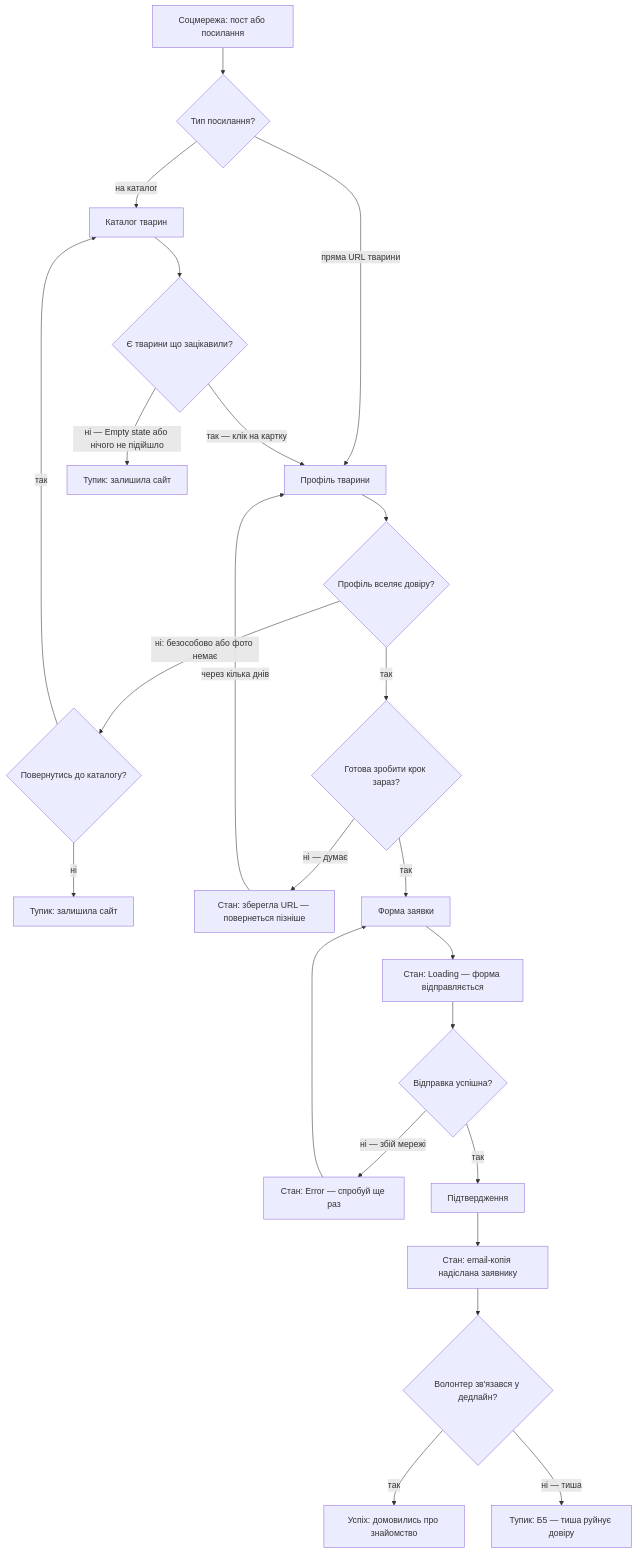
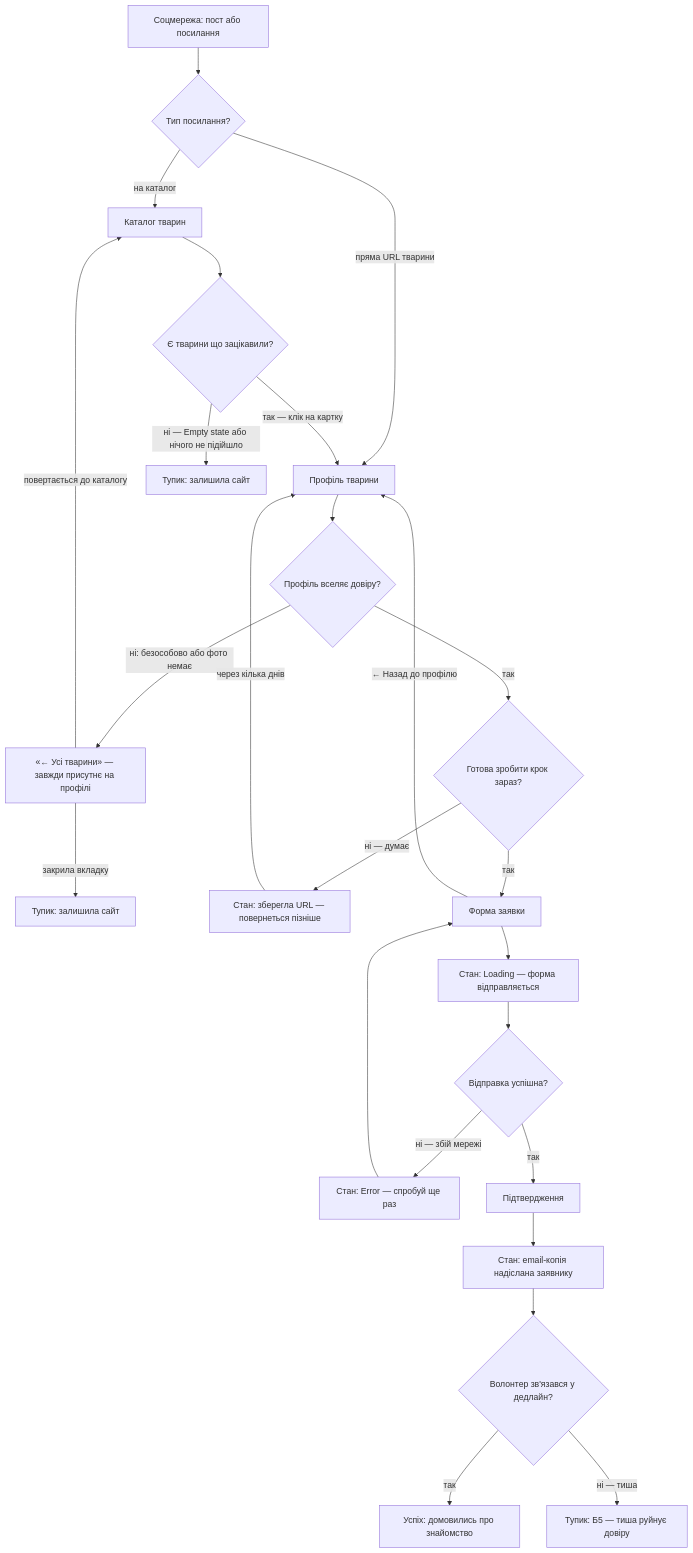
The first of 5 diagrams in flows.md (yuliabokova/prytulok), drawn with Mermaid before and after one commit. The commit also changed other lines of this file and 1 other file, not shown here.

First line of the commit message:
ux: audit fixes — dead ends, missing states, S2 flow added

````diff
--- a/flows.md
+++ b/flows.md
@@ -14,31 +14,32 @@
 ```mermaid
 flowchart TD
     Start["Соцмережа: пост або посилання"] --> EntryType{"Тип посилання?"}
     EntryType -->|"на каталог"| Cat["Каталог тварин"]
     EntryType -->|"пряма URL тварини"| Prof["Профіль тварини"]
 
     Cat --> CatEmpty{"Є тварини що зацікавили?"}
     CatEmpty -->|"ні — Empty state або нічого не підійшло"| Dead1["Тупик: залишила сайт"]
     CatEmpty -->|"так — клік на картку"| Prof
 
     Prof --> TrustQ{"Профіль вселяє довіру?"}
-    TrustQ -->|"ні: безособово або фото немає"| BackQ{"Повернутись до каталогу?"}
-    BackQ -->|"так"| Cat
-    BackQ -->|"ні"| Dead2["Тупик: залишила сайт"]
+    TrustQ -->|"ні: безособово або фото немає"| NavBack["«← Усі тварини» — завжди присутнє на профілі"]
+    NavBack -->|"повертається до каталогу"| Cat
+    NavBack -->|"закрила вкладку"| Dead2["Тупик: залишила сайт"]
 
     TrustQ -->|"так"| StepQ{"Готова зробити крок зараз?"}
     StepQ -->|"ні — думає"| URLSave["Стан: зберегла URL — повернеться пізніше"]
     URLSave -->|"через кілька днів"| Prof
 
     StepQ -->|"так"| Form["Форма заявки"]
+    Form -->|"← Назад до профілю"| Prof
     Form --> Loading["Стан: Loading — форма відправляється"]
     Loading --> SubmitQ{"Відправка успішна?"}
     SubmitQ -->|"ні — збій мережі"| FormErr["Стан: Error — спробуй ще раз"]
     FormErr --> Form
     SubmitQ -->|"так"| Confirm["Підтвердження"]
 
     Confirm --> EmailSent["Стан: email-копія надіслана заявнику"]
     EmailSent --> CallQ{"Волонтер зв'язався у дедлайн?"}
     CallQ -->|"так"| Win["Успіх: домовились про знайомство"]
     CallQ -->|"ні — тиша"| Fail["Тупик: Б5 — тиша руйнує довіру"]
 ```
````
